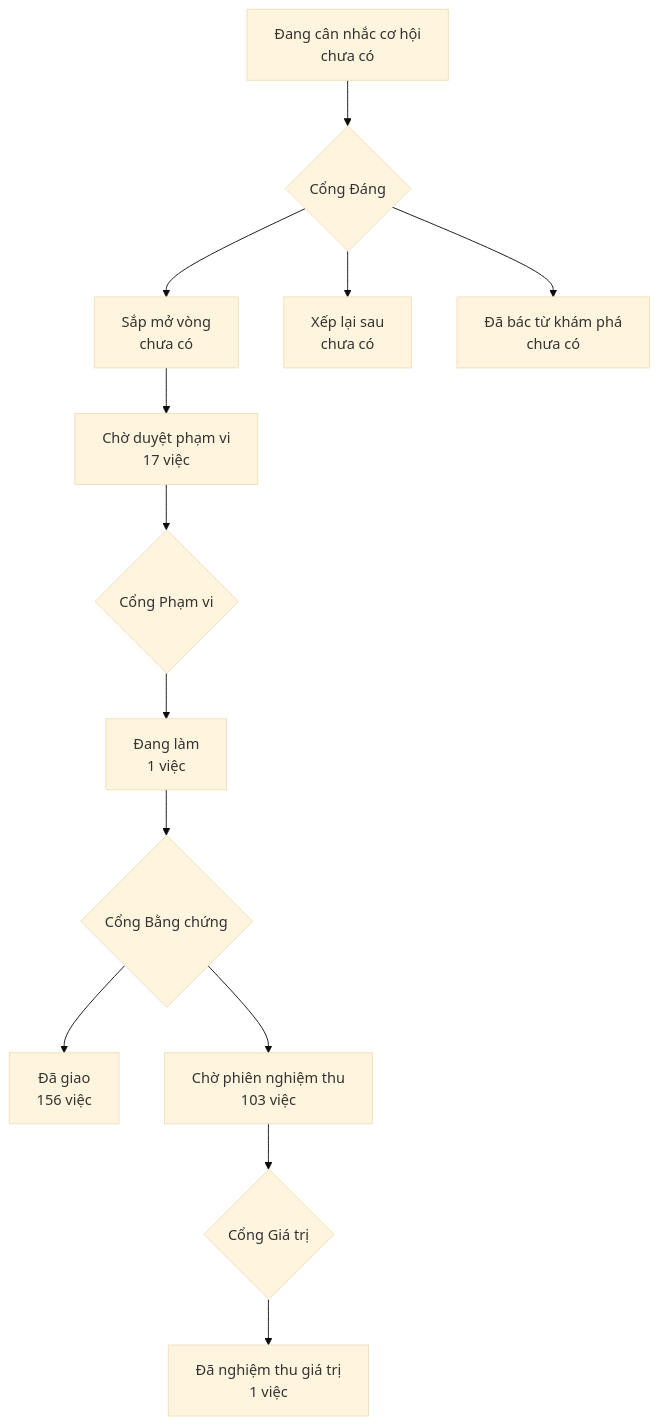
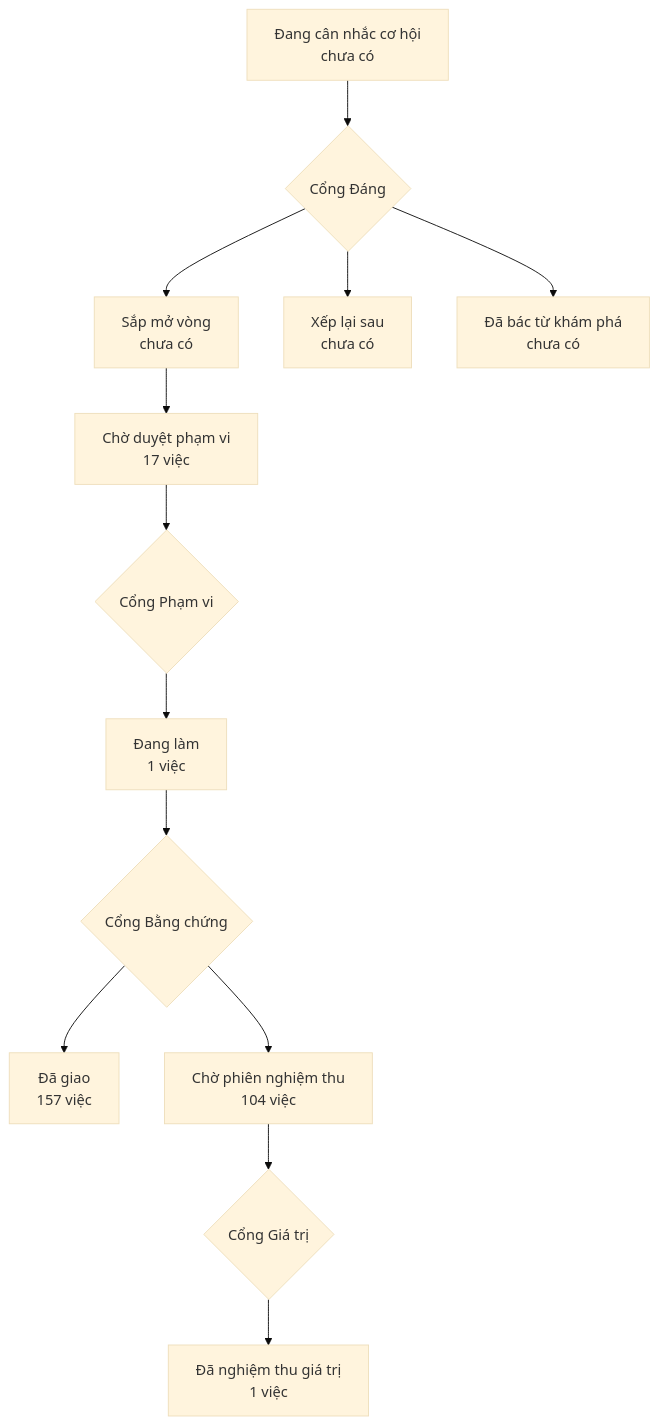
Before and after one commit to phanlemanh/onehub-invest: the diagram in PRODUCT-MAP.md, drawn with Mermaid (base theme). The commit also changed other lines of this file and 1 other file, not shown here.

Commit message:
docs: vẽ lại bản đồ sau gộp main

````diff
--- a/PRODUCT-MAP.md
+++ b/PRODUCT-MAP.md
@@ -7,12 +7,12 @@
 ```mermaid
 flowchart TD
   A["Đang cân nhắc cơ hội<br/>chưa có"] --> GD{"Cổng Đáng"}
   GD --> B["Sắp mở vòng<br/>chưa có"]
   GD --> XL["Xếp lại sau<br/>chưa có"]
   GD --> DB["Đã bác từ khám phá<br/>chưa có"]
   B --> CD["Chờ duyệt phạm vi<br/>17 việc"] --> GP{"Cổng Phạm vi"}
   GP --> DL["Đang làm<br/>1 việc"] --> GB{"Cổng Bằng chứng"}
-  GB --> DG["Đã giao<br/>156 việc"]
-  GB --> CN["Chờ phiên nghiệm thu<br/>103 việc"] --> GG{"Cổng Giá trị"}
+  GB --> DG["Đã giao<br/>157 việc"]
+  GB --> CN["Chờ phiên nghiệm thu<br/>104 việc"] --> GG{"Cổng Giá trị"}
   GG --> NT["Đã nghiệm thu giá trị<br/>1 việc"]
 ```
````
